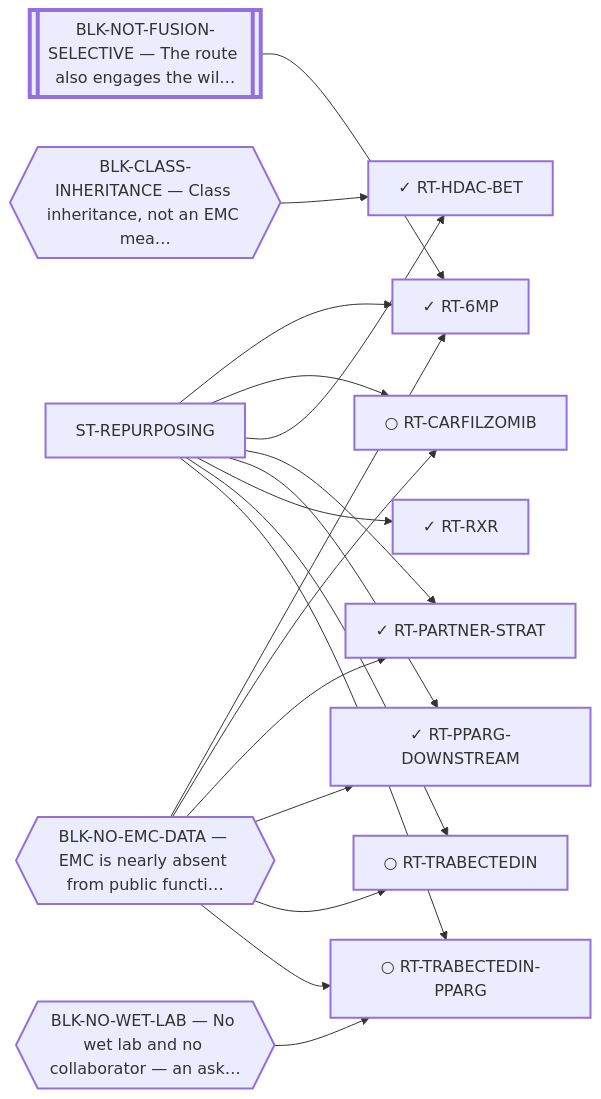
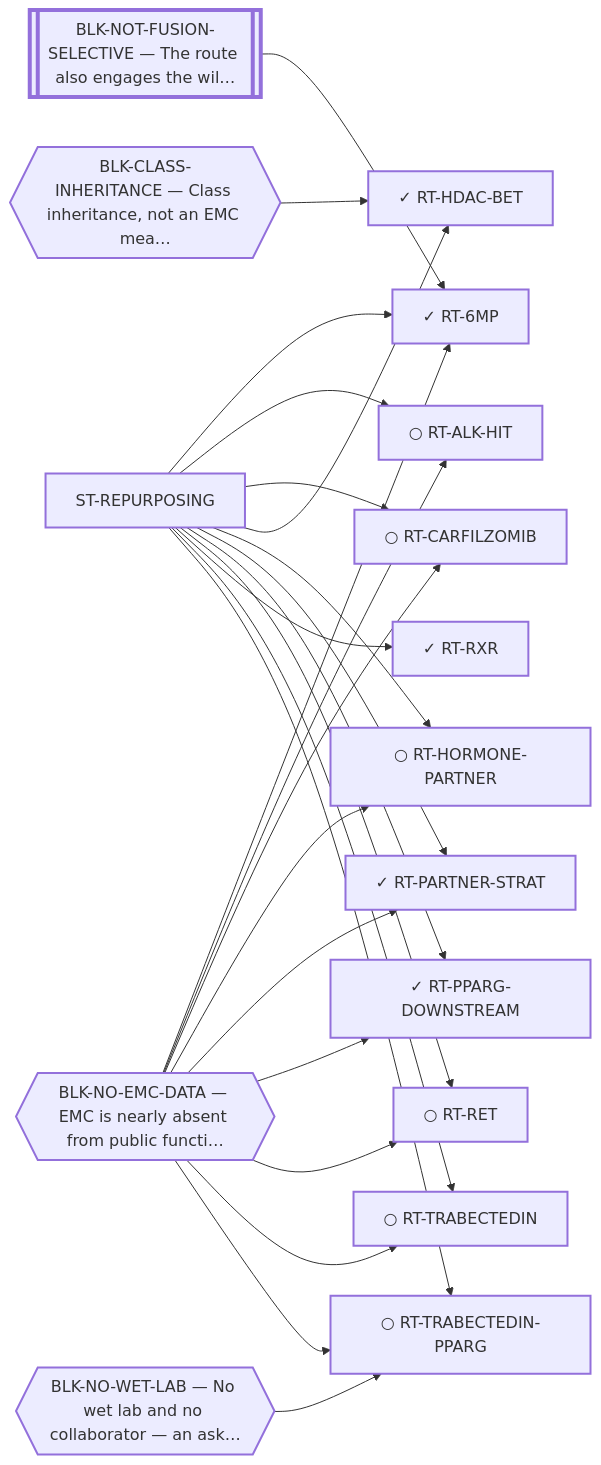
Before and after one commit to trimcrae/Rare-cancers: the diagram in systems/views/L1-st-repurposing.md, drawn with Mermaid. The commit also changed other lines of this file and 43 other files, not shown here.

````diff
--- a/systems/views/L1-st-repurposing.md
+++ b/systems/views/L1-st-repurposing.md
@@ -35,38 +35,47 @@
 ```mermaid
 flowchart LR
   ST_REPURPOSING["ST-REPURPOSING"]:::fam
   RT_6MP["✓ RT-6MP"]:::fam
   ST_REPURPOSING --> RT_6MP
+  RT_ALK_HIT["○ RT-ALK-HIT"]:::fam
+  ST_REPURPOSING --> RT_ALK_HIT
   RT_CARFILZOMIB["○ RT-CARFILZOMIB"]:::fam
   ST_REPURPOSING --> RT_CARFILZOMIB
   RT_HDAC_BET["✓ RT-HDAC-BET"]:::fam
   ST_REPURPOSING --> RT_HDAC_BET
+  RT_HORMONE_PARTNER["○ RT-HORMONE-PARTNER"]:::fam
+  ST_REPURPOSING --> RT_HORMONE_PARTNER
   RT_PARTNER_STRAT["✓ RT-PARTNER-STRAT"]:::fam
   ST_REPURPOSING --> RT_PARTNER_STRAT
   RT_PPARG_DOWNSTREAM["✓ RT-PPARG-DOWNSTREAM"]:::fam
   ST_REPURPOSING --> RT_PPARG_DOWNSTREAM
+  RT_RET["○ RT-RET"]:::fam
+  ST_REPURPOSING --> RT_RET
   RT_RXR["✓ RT-RXR"]:::fam
   ST_REPURPOSING --> RT_RXR
   RT_TRABECTEDIN["○ RT-TRABECTEDIN"]:::fam
   ST_REPURPOSING --> RT_TRABECTEDIN
   RT_TRABECTEDIN_PPARG["○ RT-TRABECTEDIN-PPARG"]:::fam
   ST_REPURPOSING --> RT_TRABECTEDIN_PPARG
 
   BLK_CLASS_INHERITANCE{{"BLK-CLASS-INHERITANCE — Class inheritance, not an EMC mea…"}}:::blk
   BLK_CLASS_INHERITANCE --> RT_HDAC_BET
   BLK_NO_EMC_DATA{{"BLK-NO-EMC-DATA — EMC is nearly absent from public functi…"}}:::blk
   BLK_NO_EMC_DATA --> RT_6MP
+  BLK_NO_EMC_DATA --> RT_ALK_HIT
   BLK_NO_EMC_DATA --> RT_CARFILZOMIB
+  BLK_NO_EMC_DATA --> RT_HORMONE_PARTNER
   BLK_NO_EMC_DATA --> RT_PARTNER_STRAT
   BLK_NO_EMC_DATA --> RT_PPARG_DOWNSTREAM
+  BLK_NO_EMC_DATA --> RT_RET
   BLK_NO_EMC_DATA --> RT_TRABECTEDIN
   BLK_NO_EMC_DATA --> RT_TRABECTEDIN_PPARG
   BLK_NO_WET_LAB{{"BLK-NO-WET-LAB — No wet lab and no collaborator — an ask…"}}:::blk
   BLK_NO_WET_LAB --> RT_TRABECTEDIN_PPARG
   BLK_NOT_FUSION_SELECTIVE[["BLK-NOT-FUSION-SELECTIVE — The route also engages the wil…"]]:::perm
   BLK_NOT_FUSION_SELECTIVE --> RT_6MP
   classDef fam stroke-width:2px;
   classDef blk stroke-width:2px;
   classDef perm stroke-width:4px;
   classDef tech stroke-width:1px,stroke-dasharray:4 3;
 ```
````
